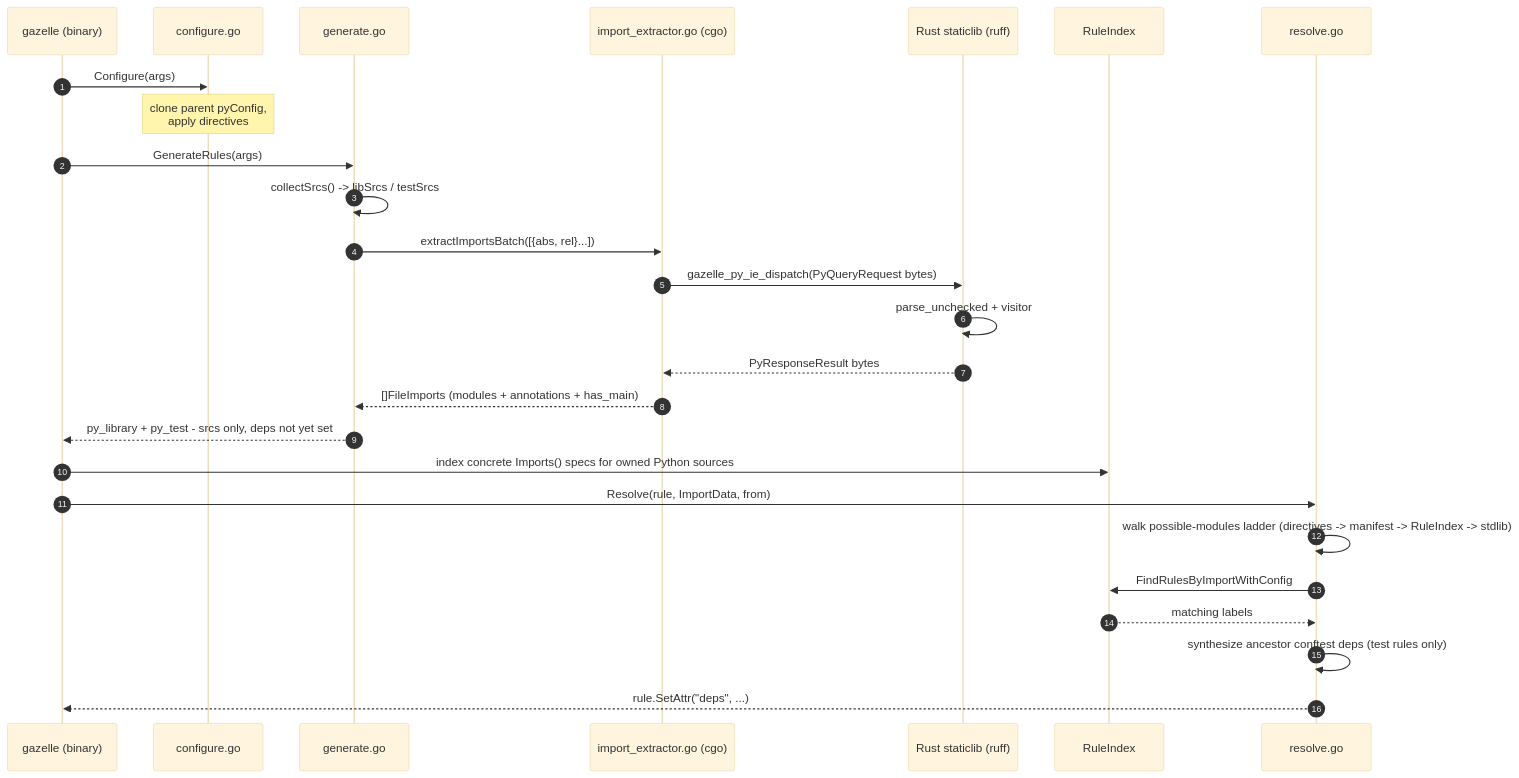
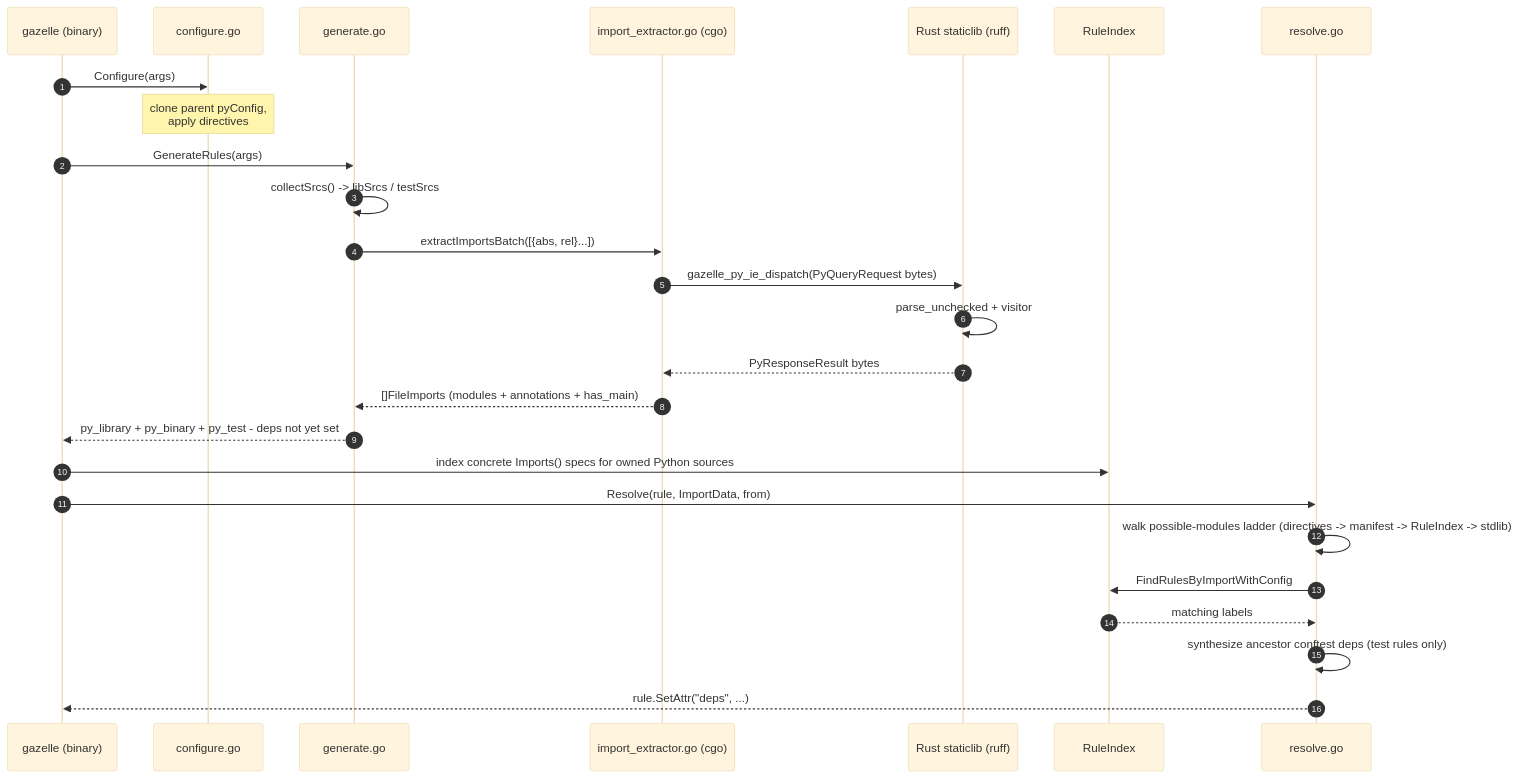
One commit to perplexityai/gazelle_py changed the second of 3 diagrams in README.md. Above: the diagram before and after it, drawn with Mermaid (base theme). The commit also changed other lines of this file and 23 other files, not shown here.

````diff
--- a/README.md
+++ b/README.md
@@ -147,32 +147,32 @@
 ```mermaid
 sequenceDiagram
     autonumber
     participant Gz as gazelle (binary)
     participant Cfg as configure.go
     participant Gen as generate.go
     participant FFI as import_extractor.go (cgo)
     participant Rs as Rust staticlib (ruff)
     participant Idx as RuleIndex
     participant Res as resolve.go
 
     Gz->>Cfg: Configure(args)
     Note over Cfg: clone parent pyConfig,<br/>apply directives
 
     Gz->>Gen: GenerateRules(args)
     Gen->>Gen: collectSrcs() -> libSrcs / testSrcs
     Gen->>FFI: extractImportsBatch([{abs, rel}...])
     FFI->>Rs: gazelle_py_ie_dispatch(PyQueryRequest bytes)
     Rs->>Rs: parse_unchecked + visitor
     Rs-->>FFI: PyResponseResult bytes
     FFI-->>Gen: []FileImports (modules + annotations + has_main)
-    Gen-->>Gz: py_library + py_test - srcs only, deps not yet set
+    Gen-->>Gz: py_library + py_binary + py_test - deps not yet set
 
     Gz->>Idx: index concrete Imports() specs for owned Python sources
 
     Gz->>Res: Resolve(rule, ImportData, from)
     Res->>Res: walk possible-modules ladder (directives -> manifest -> RuleIndex -> stdlib)
     Res->>Idx: FindRulesByImportWithConfig
     Idx-->>Res: matching labels
     Res->>Res: synthesize ancestor conftest deps (test rules only)
     Res-->>Gz: rule.SetAttr("deps", ...)
 ```
````
